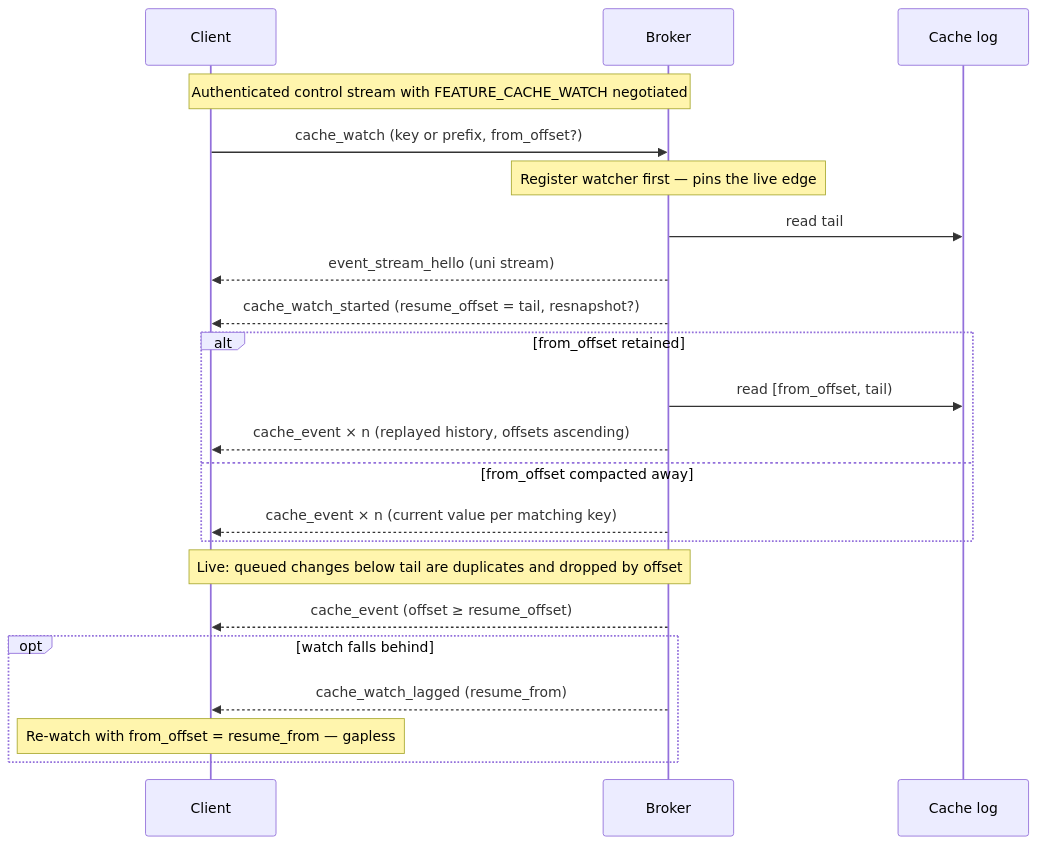
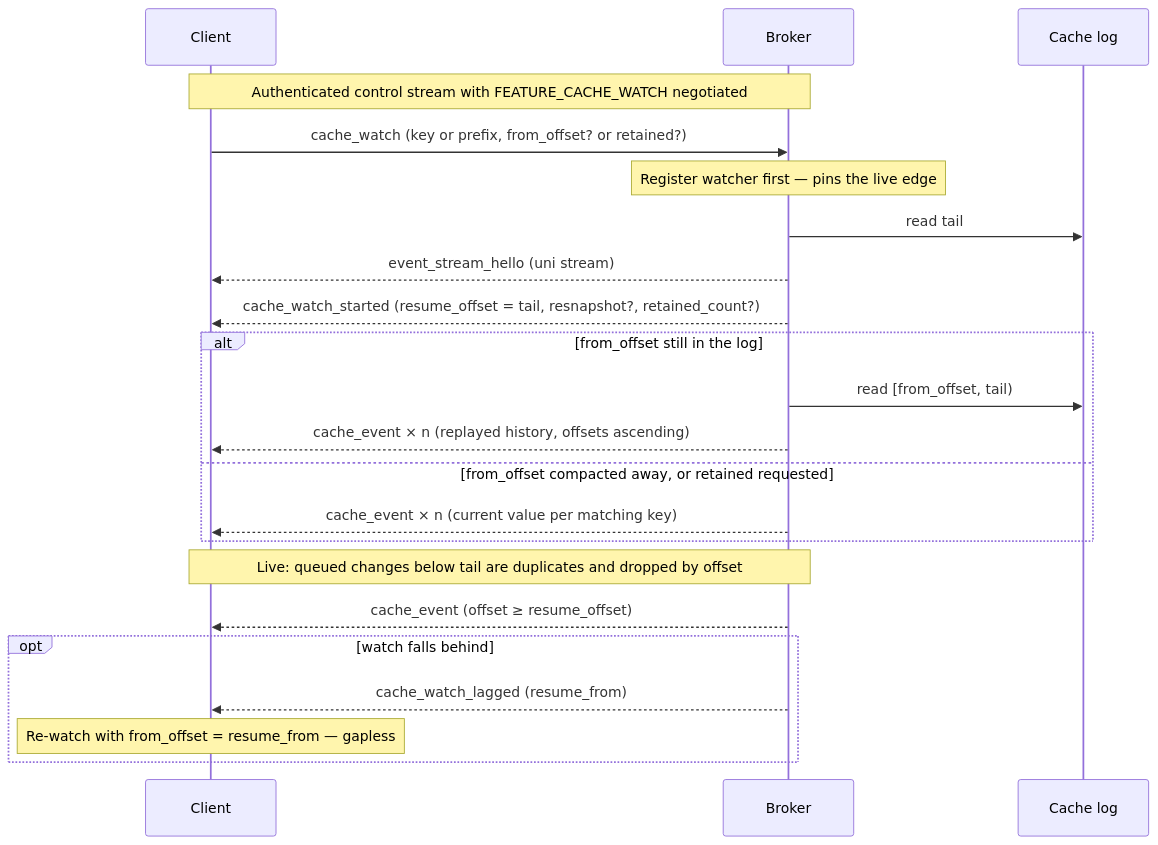
The third of 3 diagrams in docs/protocol.md (gabloe/felix), drawn with Mermaid before and after one commit. The commit also changed other lines of this file and 18 other files, not shown here.

````diff
--- a/docs/protocol.md
+++ b/docs/protocol.md
@@ -411,24 +437,24 @@
 ```mermaid
 sequenceDiagram
     participant C as Client
     participant B as Broker
     participant L as Cache log
     Note over C,B: Authenticated control stream with FEATURE_CACHE_WATCH negotiated
-    C->>B: cache_watch (key or prefix, from_offset?)
+    C->>B: cache_watch (key or prefix, from_offset? or retained?)
     Note over B: Register watcher first — pins the live edge
     B->>L: read tail
     B-->>C: event_stream_hello (uni stream)
-    B-->>C: cache_watch_started (resume_offset = tail, resnapshot?)
-    alt from_offset retained
+    B-->>C: cache_watch_started (resume_offset = tail, resnapshot?, retained_count?)
+    alt from_offset still in the log
         B->>L: read [from_offset, tail)
         B-->>C: cache_event × n (replayed history, offsets ascending)
-    else from_offset compacted away
+    else from_offset compacted away, or retained requested
         B-->>C: cache_event × n (current value per matching key)
     end
     Note over B,C: Live: queued changes below tail are duplicates and dropped by offset
     B-->>C: cache_event (offset ≥ resume_offset)
     opt watch falls behind
         B-->>C: cache_watch_lagged (resume_from)
         Note over C: Re-watch with from_offset = resume_from — gapless
     end
 ```
````
